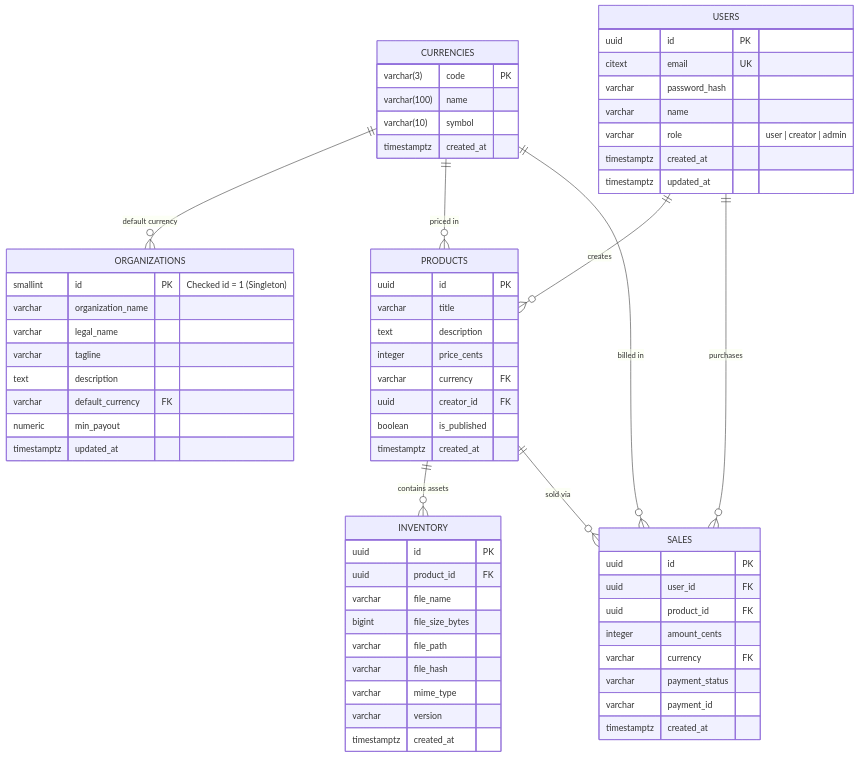
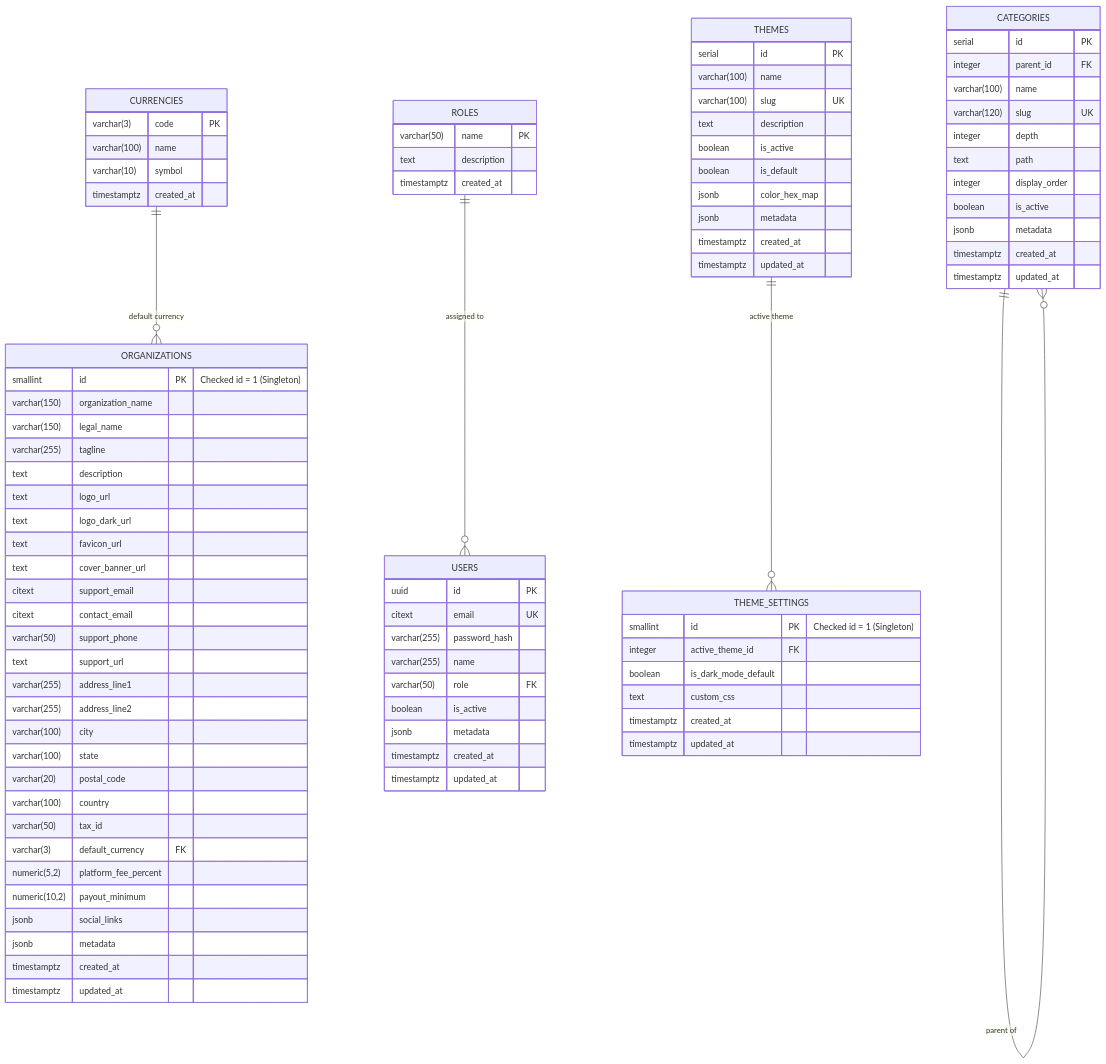
One commit to majid-superior/sell-digital-assets-api changed the third of 3 diagrams in ARCHITECTURE.md. Above: the diagram before and after it, drawn with Mermaid. The commit also changed other lines of this file and 22 other files, not shown here.

````diff
--- a/ARCHITECTURE.md
+++ b/ARCHITECTURE.md
@@ -127,64 +138,90 @@
 
     ORGANIZATIONS {
         smallint id PK "Checked id = 1 (Singleton)"
-        varchar organization_name
-        varchar legal_name
-        varchar tagline
+        varchar(150) organization_name
+        varchar(150) legal_name
+        varchar(255) tagline
         text description
-        varchar default_currency FK
-        numeric min_payout
+        text logo_url
+        text logo_dark_url
+        text favicon_url
+        text cover_banner_url
+        citext support_email
+        citext contact_email
+        varchar(50) support_phone
+        text support_url
+        varchar(255) address_line1
+        varchar(255) address_line2
+        varchar(100) city
+        varchar(100) state
+        varchar(20) postal_code
+        varchar(100) country
+        varchar(50) tax_id
+        varchar(3) default_currency FK
+        numeric(5,2) platform_fee_percent
+        numeric(10,2) payout_minimum
+        jsonb social_links
+        jsonb metadata
+        timestamptz created_at
         timestamptz updated_at
+    }
+
+    ROLES {
+        varchar(50) name PK
+        text description
+        timestamptz created_at
     }
 
     USERS {
         uuid id PK
         citext email UK
-        varchar password_hash
-        varchar name
-        varchar role "user | creator | admin"
+        varchar(255) password_hash
+        varchar(255) name
+        varchar(50) role FK
+        boolean is_active
+        jsonb metadata
         timestamptz created_at
         timestamptz updated_at
     }
 
-    PRODUCTS {
-        uuid id PK
-        varchar title
-        text description
-        integer price_cents
-        varchar currency FK
-        uuid creator_id FK
-        boolean is_published
+    CATEGORIES {
+        serial id PK
+        integer parent_id FK
+        varchar(100) name
+        varchar(120) slug UK
+        integer depth
+        text path
+        integer display_order
+        boolean is_active
+        jsonb metadata
         timestamptz created_at
+        timestamptz updated_at
     }
 
-    INVENTORY {
-        uuid id PK
-        uuid product_id FK
-        varchar file_name
-        bigint file_size_bytes
-        varchar file_path
-        varchar file_hash
-        varchar mime_type
-        varchar version
+    THEMES {
+        serial id PK
+        varchar(100) name
+        varchar(100) slug UK
+        text description
+        boolean is_active
+        boolean is_default
+        jsonb color_hex_map
+        jsonb metadata
         timestamptz created_at
+        timestamptz updated_at
     }
 
-    SALES {
-        uuid id PK
-        uuid user_id FK
-        uuid product_id FK
-        integer amount_cents
-        varchar currency FK
-        varchar payment_status
-        varchar payment_id
+    THEME_SETTINGS {
+        smallint id PK "Checked id = 1 (Singleton)"
+        integer active_theme_id FK
+        boolean is_dark_mode_default
+        text custom_css
         timestamptz created_at
+        timestamptz updated_at
     }
 
     CURRENCIES ||--o{ ORGANIZATIONS : "default currency"
-    CURRENCIES ||--o{ PRODUCTS : "priced in"
-    CURRENCIES ||--o{ SALES : "billed in"
-    USERS ||--o{ PRODUCTS : "creates"
-    USERS ||--o{ SALES : "purchases"
-    PRODUCTS ||--o{ INVENTORY : "contains assets"
-    PRODUCTS ||--o{ SALES : "sold via"
+    ROLES ||--o{ USERS : "assigned to"
+    CATEGORIES ||--o{ CATEGORIES : "parent of"
+    THEMES ||--o{ THEME_SETTINGS : "active theme"
 ```
````
